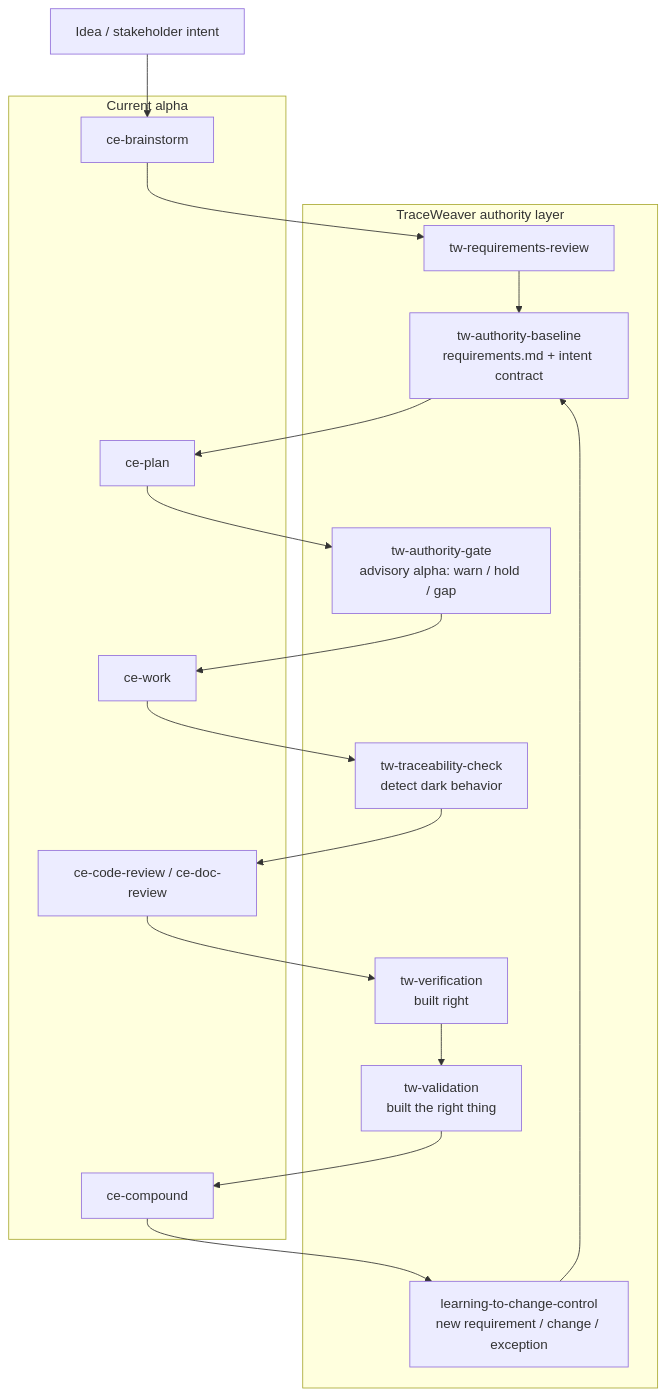
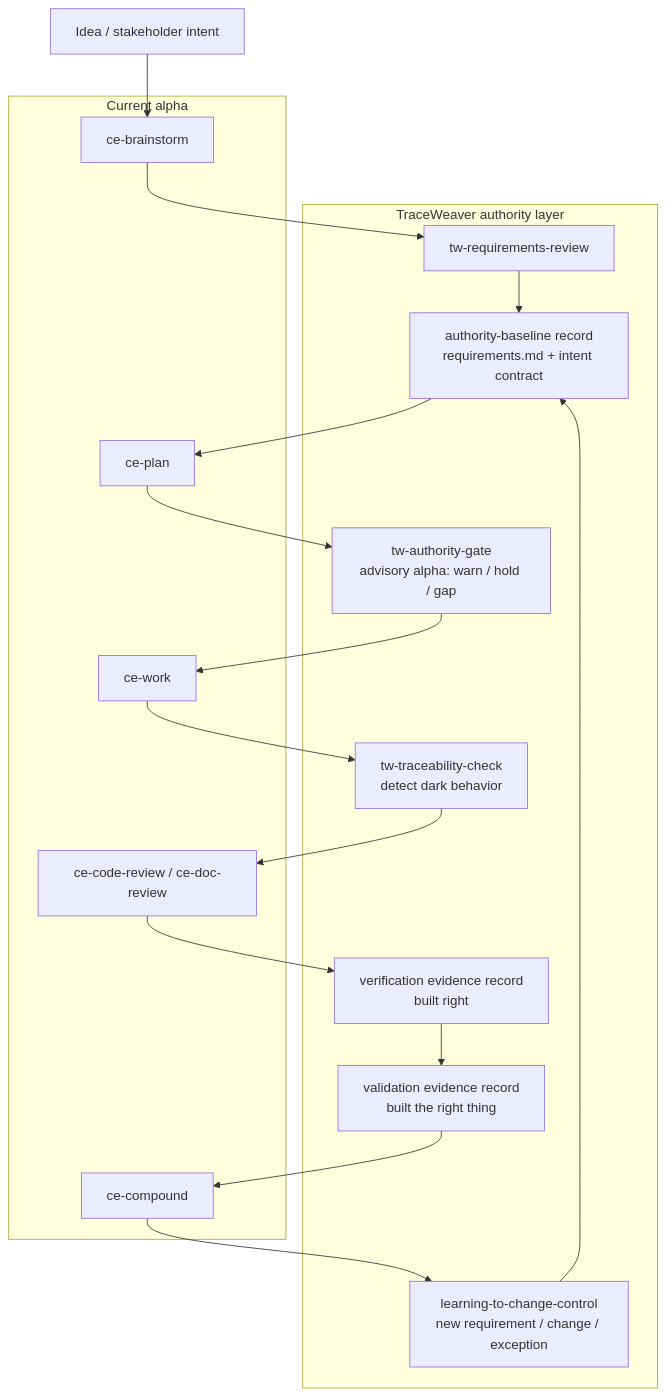
One commit to Oxiom-Systems/traceweaver changed the diagram in README.md. Above: the diagram before and after it, drawn with Mermaid. The commit also changed other lines of this file and 103 other files, not shown here.

````diff
--- a/README.md
+++ b/README.md
@@ -224,34 +391,34 @@
 ```mermaid
 flowchart TD
   A["Idea / stakeholder intent"] --> B["ce-brainstorm"]
   B --> C["tw-requirements-review"]
-  C --> D["tw-authority-baseline<br/>requirements.md + intent contract"]
+  C --> D["authority-baseline record<br/>requirements.md + intent contract"]
   D --> E["ce-plan"]
   E --> F["tw-authority-gate<br/>advisory alpha: warn / hold / gap"]
   F --> G["ce-work"]
   G --> H["tw-traceability-check<br/>detect dark behavior"]
   H --> I["ce-code-review / ce-doc-review"]
-  I --> J["tw-verification<br/>built right"]
-  J --> K["tw-validation<br/>built the right thing"]
+  I --> J["verification evidence record<br/>built right"]
+  J --> K["validation evidence record<br/>built the right thing"]
   K --> L["ce-compound"]
   L --> M["learning-to-change-control<br/>new requirement / change / exception"]
   M --> D
 
   subgraph "Current alpha"
     B
     E
     G
     I
     L
   end
 
   subgraph "TraceWeaver authority layer"
     C
     D
     F
     H
     J
     K
     M
   end
 ```
````
